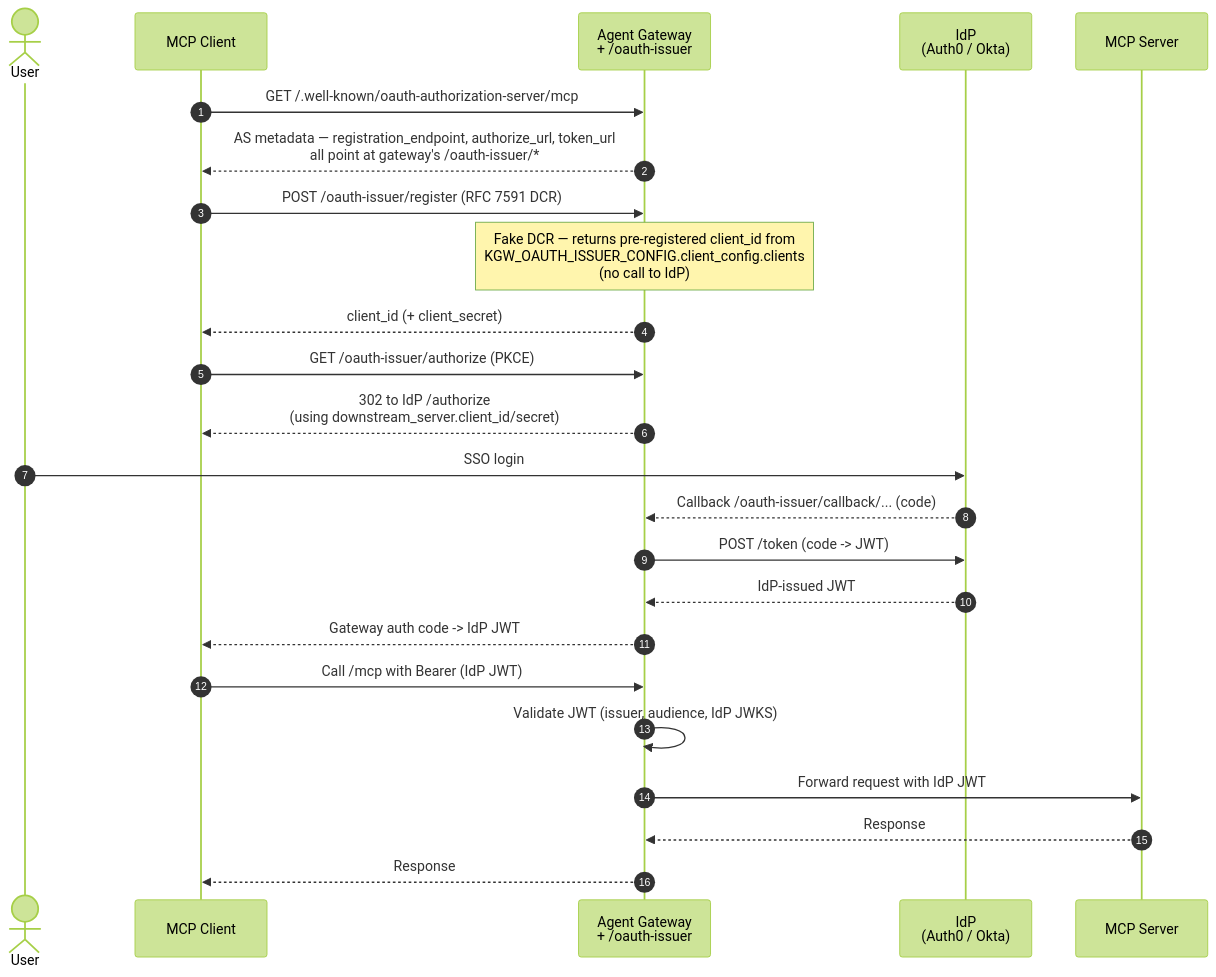
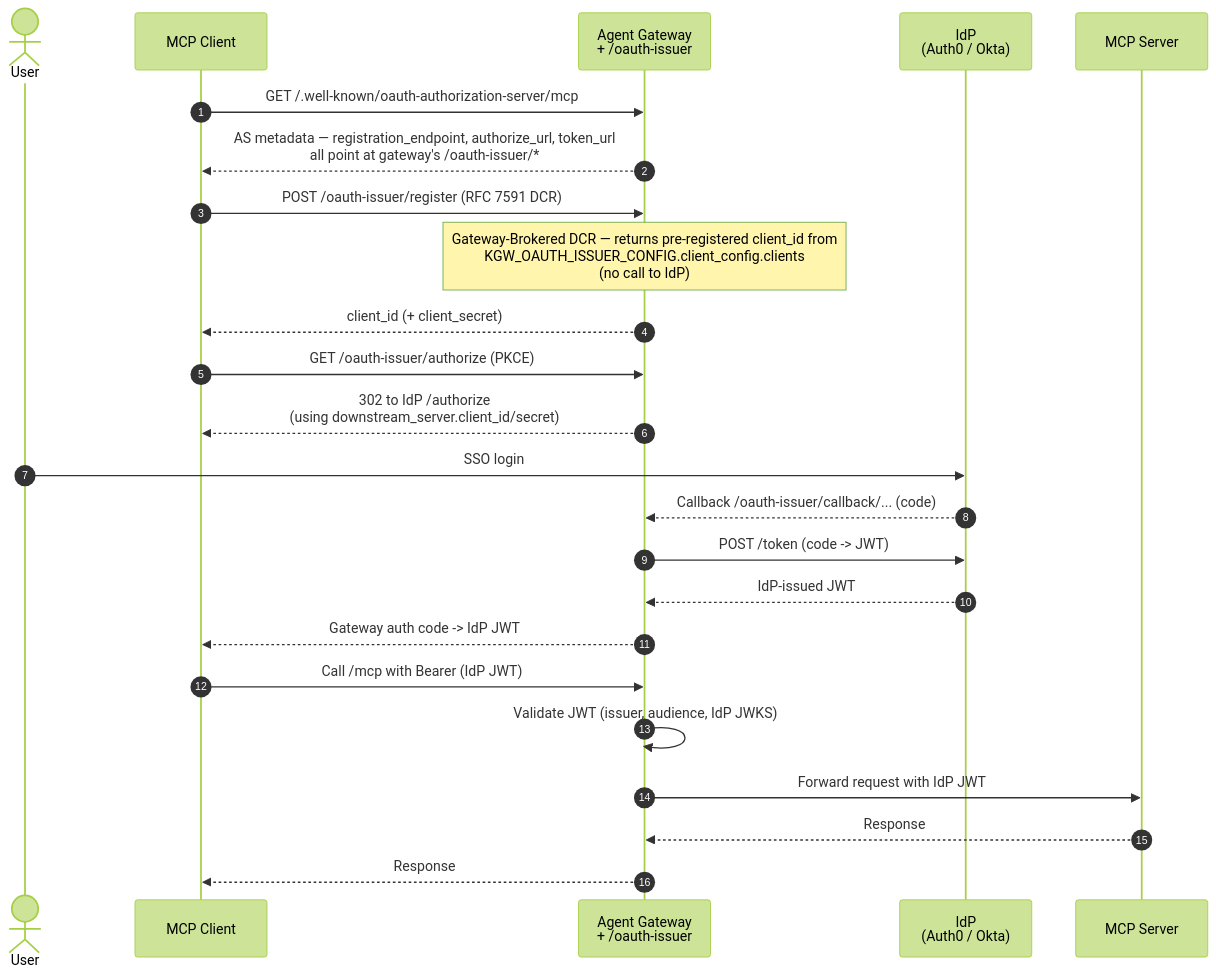
Diagram 12 of 22 in README.md (rvennam/agentgateway-auth-patterns), drawn with Mermaid (forest theme) before and after one commit. The commit also changed other lines of this file and 2 other files, not shown here.

First line of the commit message:
Rename "fake DCR" -> "gateway-brokered DCR" across docs

````diff
--- a/README.md
+++ b/README.md
@@ -776,27 +776,27 @@
 ```mermaid
 sequenceDiagram
     autonumber
     actor User
     participant MCP as MCP Client
     participant GW as Agent Gateway<br/>+ /oauth-issuer
     participant IdP as IdP<br/>(Auth0 / Okta)
     participant Tool as MCP Server
 
     MCP->>GW: GET /.well-known/oauth-authorization-server/mcp
     GW-->>MCP: AS metadata — registration_endpoint, authorize_url, token_url<br/>all point at gateway's /oauth-issuer/*
     MCP->>GW: POST /oauth-issuer/register (RFC 7591 DCR)
-    Note over GW: Fake DCR — returns pre-registered client_id from<br/>KGW_OAUTH_ISSUER_CONFIG.client_config.clients<br/>(no call to IdP)
+    Note over GW: Gateway-Brokered DCR — returns pre-registered client_id from<br/>KGW_OAUTH_ISSUER_CONFIG.client_config.clients<br/>(no call to IdP)
     GW-->>MCP: client_id (+ client_secret)
     MCP->>GW: GET /oauth-issuer/authorize (PKCE)
     GW-->>MCP: 302 to IdP /authorize<br/>(using downstream_server.client_id/secret)
     User->>IdP: SSO login
     IdP-->>GW: Callback /oauth-issuer/callback/... (code)
     GW->>IdP: POST /token (code -> JWT)
     IdP-->>GW: IdP-issued JWT
     GW-->>MCP: Gateway auth code -> IdP JWT
     MCP->>GW: Call /mcp with Bearer (IdP JWT)
     GW->>GW: Validate JWT (issuer, audience, IdP JWKS)
     GW->>Tool: Forward request with IdP JWT
     Tool-->>GW: Response
     GW-->>MCP: Response
 ```
````
